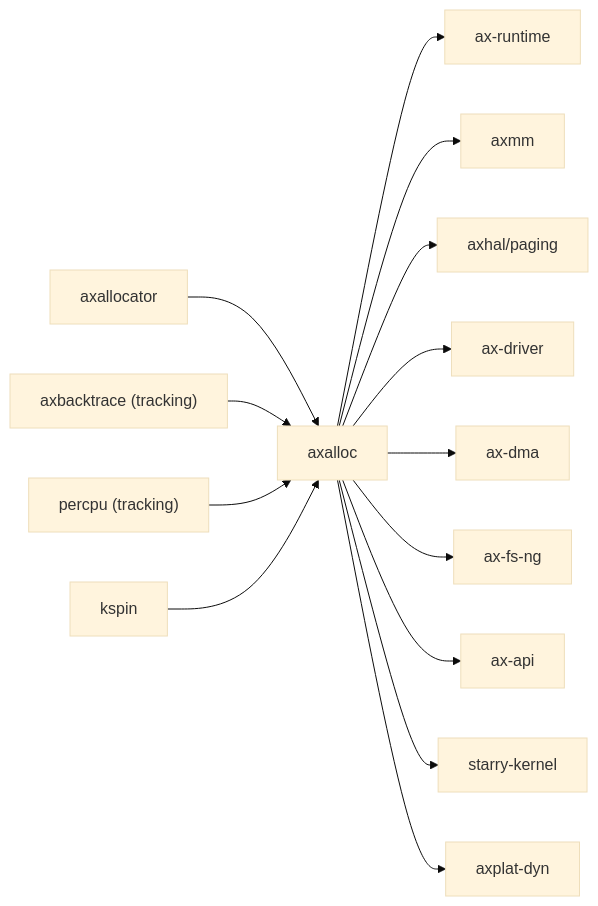
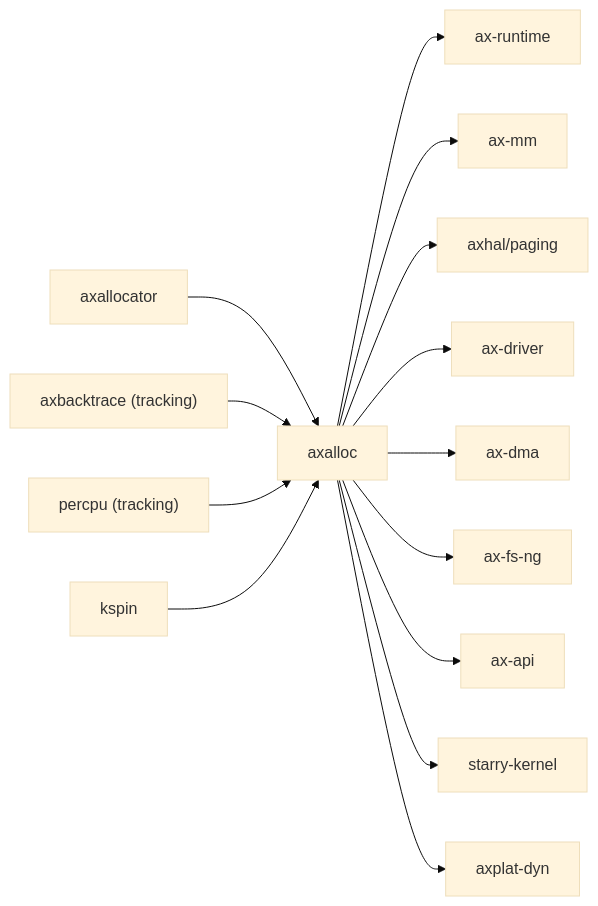
The second of 2 diagrams in docs/crates/axalloc.md (yfblock/tgoskits), drawn with Mermaid (base theme) before and after one commit. The commit also changed other lines of this file and 34 other files, not shown here.

````diff
--- a/docs/crates/axalloc.md
+++ b/docs/crates/axalloc.md
@@ -82,17 +82,17 @@
 ```mermaid
 graph LR
     axallocator["axallocator"] --> axalloc["axalloc"]
     axbacktrace["axbacktrace (tracking)"] --> axalloc
     percpu["percpu (tracking)"] --> axalloc
     kspin["kspin"] --> axalloc
 
     axalloc --> ax-runtime["ax-runtime"]
-    axalloc --> axmm["axmm"]
+    axalloc --> ax-mm["ax-mm"]
     axalloc --> axhal["axhal/paging"]
     axalloc --> ax-driver["ax-driver"]
     axalloc --> ax_dma["ax-dma"]
     axalloc --> axfsng["ax-fs-ng"]
     axalloc --> ax-api["ax-api"]
     axalloc --> starry_kernel["starry-kernel"]
     axalloc --> axplat_dyn["axplat-dyn"]
 ```
````
